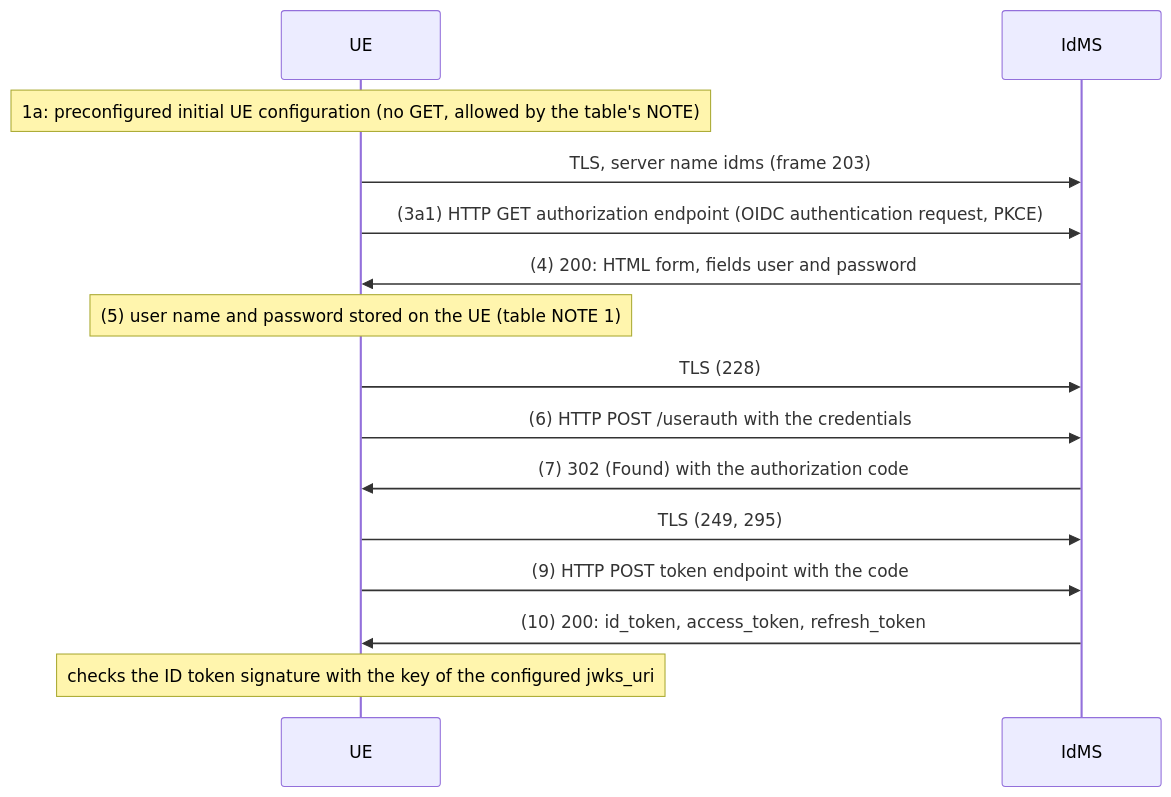
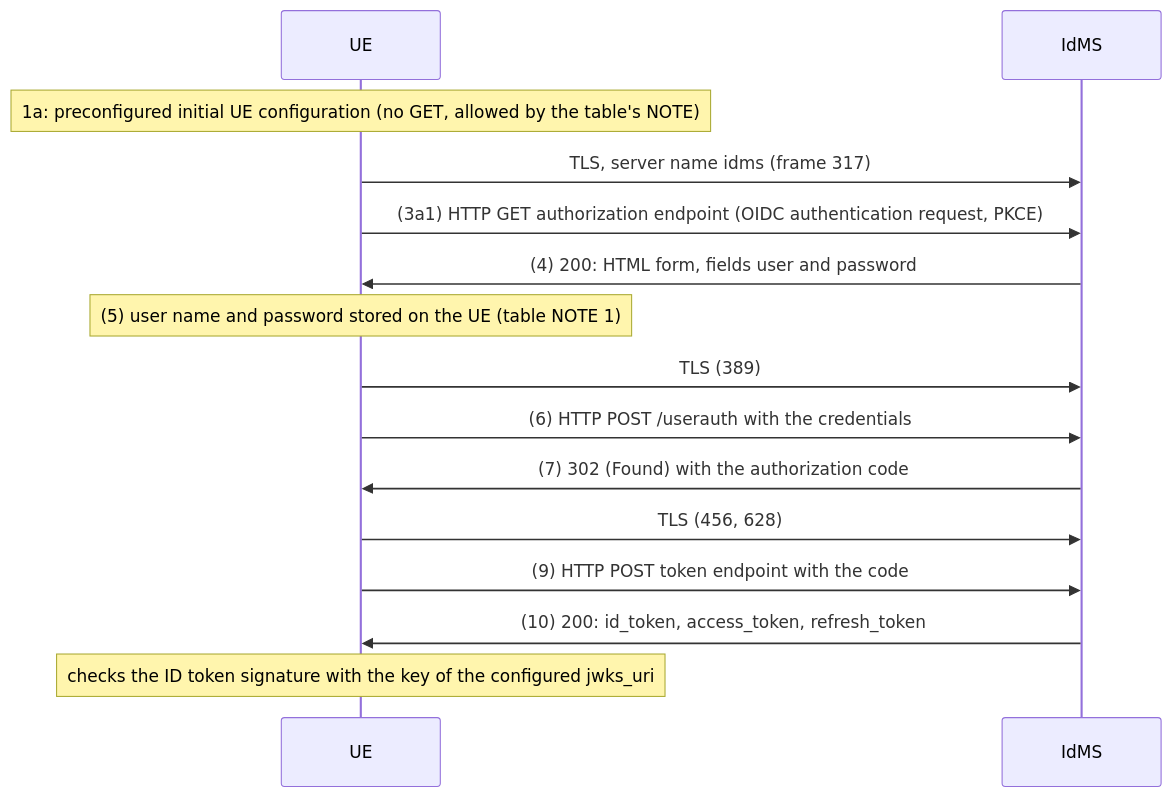
Before and after one commit to openMCX/openmcx-server: the third of 9 diagrams in tutorials/end-to-end/10-openmcx-ue-conformance-check/CALL_FLOW.md, drawn with Mermaid. The commit also changed other lines of this file and 19 other files, not shown here.

````diff
--- a/tutorials/end-to-end/10-openmcx-ue-conformance-check/CALL_FLOW.md
+++ b/tutorials/end-to-end/10-openmcx-ue-conformance-check/CALL_FLOW.md
@@ -118,17 +120,17 @@
 ```mermaid
 sequenceDiagram
     participant UE
     participant IdMS
     Note over UE: 1a: preconfigured initial UE configuration (no GET, allowed by the table's NOTE)
-    UE->>IdMS: TLS, server name idms (frame 203)
+    UE->>IdMS: TLS, server name idms (frame 317)
     UE->>IdMS: (3a1) HTTP GET authorization endpoint (OIDC authentication request, PKCE)
     IdMS->>UE: (4) 200: HTML form, fields user and password
     Note over UE: (5) user name and password stored on the UE (table NOTE 1)
-    UE->>IdMS: TLS (228)
+    UE->>IdMS: TLS (389)
     UE->>IdMS: (6) HTTP POST /userauth with the credentials
     IdMS->>UE: (7) 302 (Found) with the authorization code
-    UE->>IdMS: TLS (249, 295)
+    UE->>IdMS: TLS (456, 628)
     UE->>IdMS: (9) HTTP POST token endpoint with the code
     IdMS->>UE: (10) 200: id_token, access_token, refresh_token
     Note over UE: checks the ID token signature with the key of the configured jwks_uri
 ```
````
